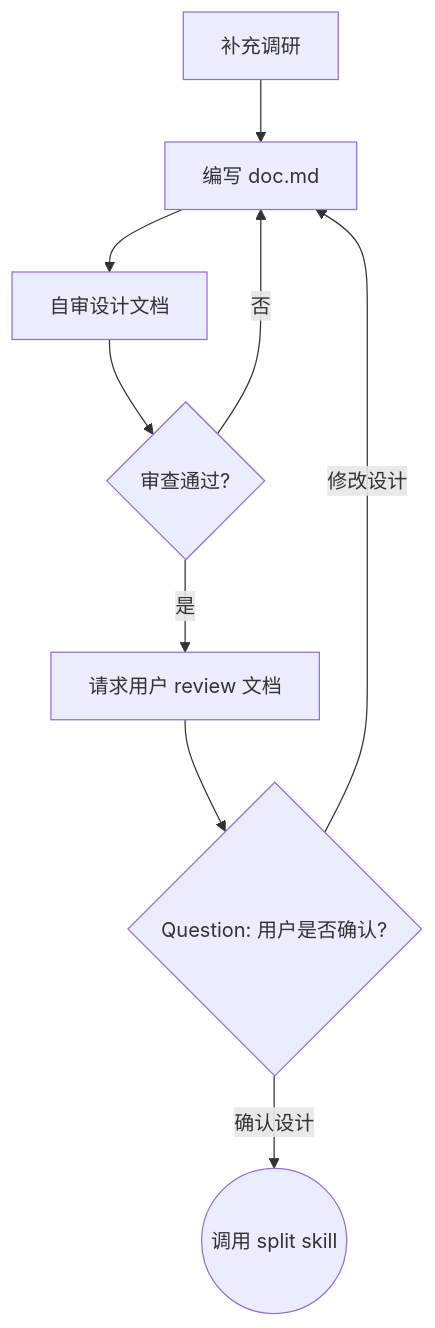
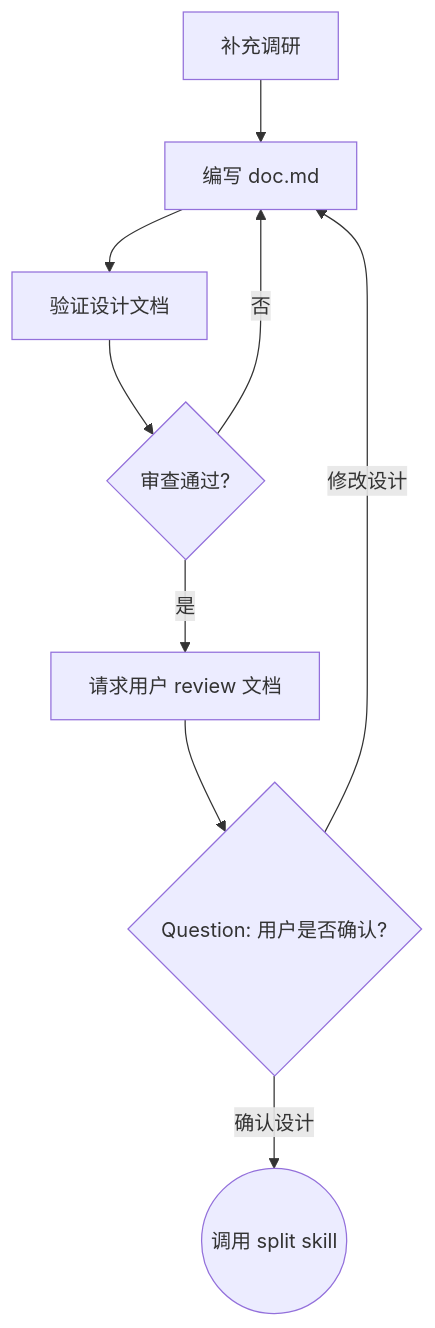
The diagram in skills/design/SKILL.md (BaiduComate/mission-flow), drawn with Mermaid before and after one commit. The commit also changed other lines of this file and 3 other files, not shown here.

````diff
--- a/skills/design/SKILL.md
+++ b/skills/design/SKILL.md
@@ -78,11 +78,11 @@
 ```mermaid
 flowchart TD
     A[补充调研] --> B[编写 doc.md]
-    B --> C[自审设计文档]
+    B --> C[验证设计文档]
     C --> D{审查通过?}
     D -->|否| B
     D -->|是| E[请求用户 review 文档]
     E --> F{Question: 用户是否确认?}
     F -->|修改设计| B
     F -->|确认设计| G((调用 split skill))
 ```
````
